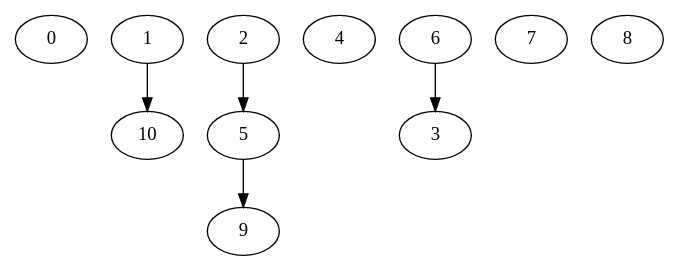
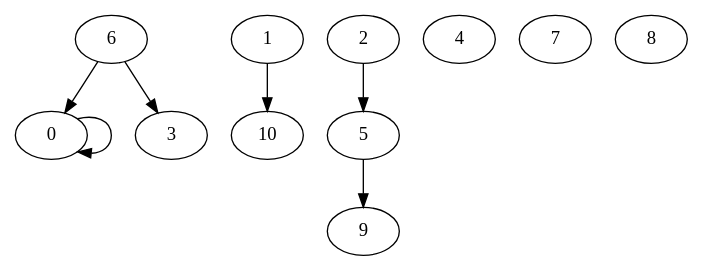
Before and after one commit to robotrobo/transcription_networks: the diagram in src/static/generated_graphs/3ac0c322-83fe-11eb-a983-6937a9ff4633.dot, drawn with Graphviz. The commit also changed 6 other files, not shown here.

Commit message:
Add graph selector

```diff
--- a/src/static/generated_graphs/3ac0c322-83fe-11eb-a983-6937a9ff4633.dot
+++ b/src/static/generated_graphs/3ac0c322-83fe-11eb-a983-6937a9ff4633.dot
@@ -1,10 +1,11 @@
-strict digraph "" {
-	0;
+digraph "" {
+	0 -> 0;
 	1 -> 10;
 	2 -> 5;
+	5 -> 9;
 	4;
-	5 -> 9;
+	6 -> 0;
 	6 -> 3;
 	7;
 	8;
 }
```
